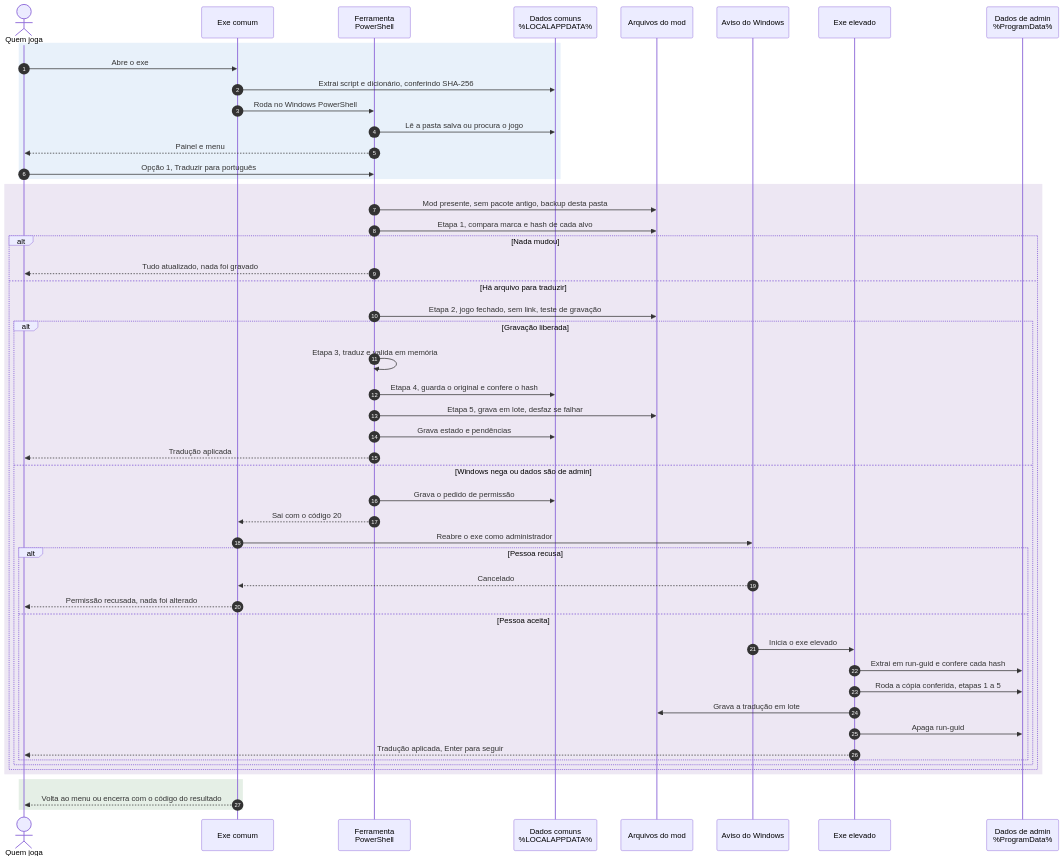
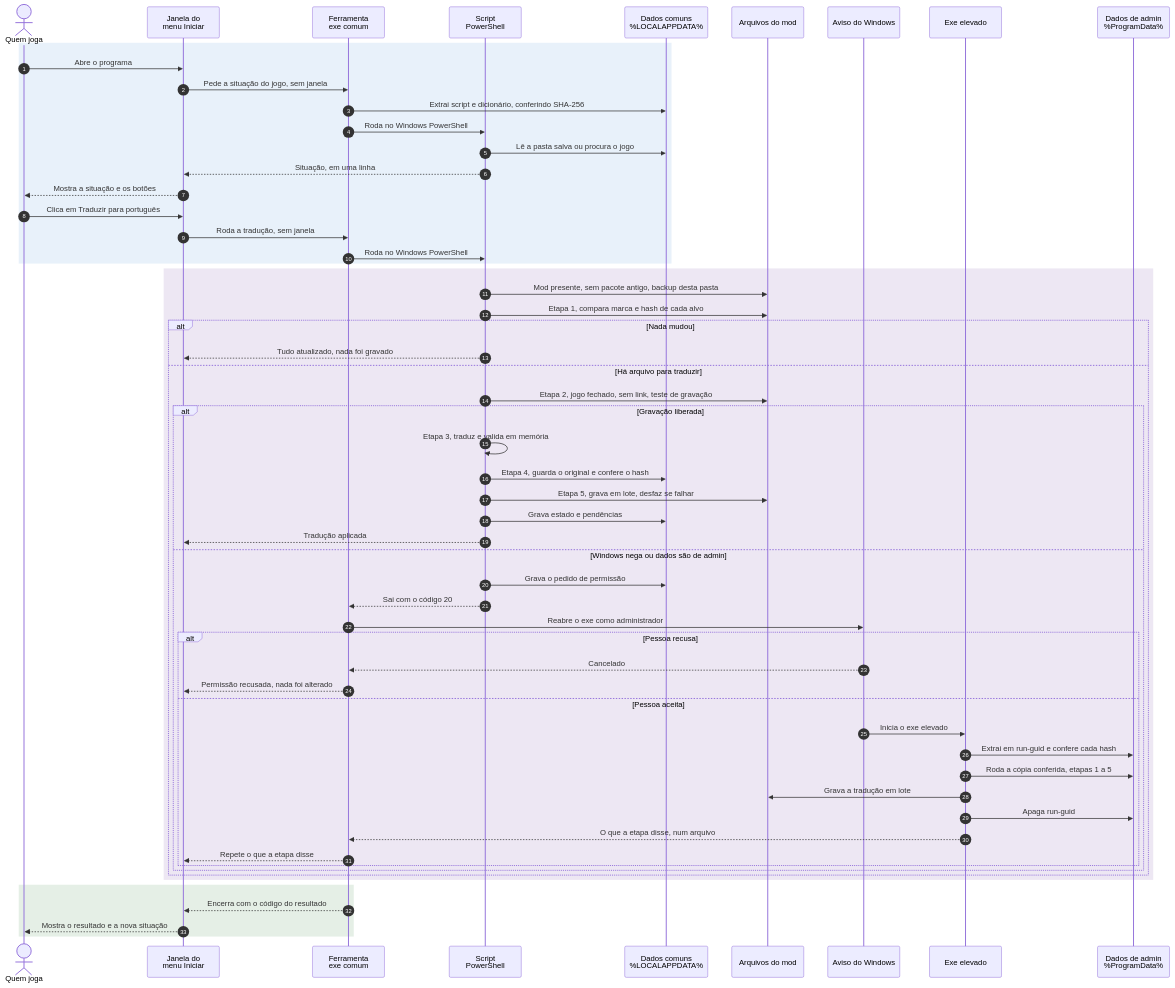
Before and after one commit to scarletmodder/titanfall2-vr-ptbr: the second of 3 diagrams in README.md, drawn with Mermaid. The commit also changed other lines of this file and 22 other files, not shown here.

````diff
--- a/README.md
+++ b/README.md
@@ -160,57 +172,64 @@
 ```mermaid
 sequenceDiagram
     autonumber
     actor P as Quem joga
-    participant E as Exe comum
-    participant S as Ferramenta<br/>PowerShell
+    participant J as Janela do<br/>menu Iniciar
+    participant E as Ferramenta<br/>exe comum
+    participant S as Script<br/>PowerShell
     participant D as Dados comuns<br/>%LOCALAPPDATA%
     participant M as Arquivos do mod
     participant U as Aviso do Windows
     participant X as Exe elevado
     participant A as Dados de admin<br/>%ProgramData%
 
     rect rgba(67,141,213,0.12)
-        P->>E: Abre o exe
+        P->>J: Abre o programa
+        J->>E: Pede a situação do jogo, sem janela
         E->>D: Extrai script e dicionário, conferindo SHA-256
         E->>S: Roda no Windows PowerShell
         S->>D: Lê a pasta salva ou procura o jogo
-        S-->>P: Painel e menu
-        P->>S: Opção 1, Traduzir para português
+        S-->>J: Situação, em uma linha
+        J-->>P: Mostra a situação e os botões
+        P->>J: Clica em Traduzir para português
+        J->>E: Roda a tradução, sem janela
+        E->>S: Roda no Windows PowerShell
     end
 
     rect rgba(106,61,154,0.12)
         S->>M: Mod presente, sem pacote antigo, backup desta pasta
         S->>M: Etapa 1, compara marca e hash de cada alvo
         alt Nada mudou
-            S-->>P: Tudo atualizado, nada foi gravado
+            S-->>J: Tudo atualizado, nada foi gravado
         else Há arquivo para traduzir
             S->>M: Etapa 2, jogo fechado, sem link, teste de gravação
             alt Gravação liberada
                 S->>S: Etapa 3, traduz e valida em memória
                 S->>D: Etapa 4, guarda o original e confere o hash
                 S->>M: Etapa 5, grava em lote, desfaz se falhar
                 S->>D: Grava estado e pendências
-                S-->>P: Tradução aplicada
+                S-->>J: Tradução aplicada
             else Windows nega ou dados são de admin
                 S->>D: Grava o pedido de permissão
                 S-->>E: Sai com o código 20
                 E->>U: Reabre o exe como administrador
                 alt Pessoa recusa
                     U-->>E: Cancelado
-                    E-->>P: Permissão recusada, nada foi alterado
+                    E-->>J: Permissão recusada, nada foi alterado
                 else Pessoa aceita
                     U->>X: Inicia o exe elevado
                     X->>A: Extrai em run-guid e confere cada hash
                     X->>A: Roda a cópia conferida, etapas 1 a 5
                     X->>M: Grava a tradução em lote
                     X->>A: Apaga run-guid
-                    X-->>P: Tradução aplicada, Enter para seguir
+                    X-->>E: O que a etapa disse, num arquivo
+                    E-->>J: Repete o que a etapa disse
                 end
             end
         end
     end
 
     rect rgba(46,125,50,0.12)
-        E-->>P: Volta ao menu ou encerra com o código do resultado
+        E-->>J: Encerra com o código do resultado
+        J-->>P: Mostra o resultado e a nova situação
     end
 ```
````
